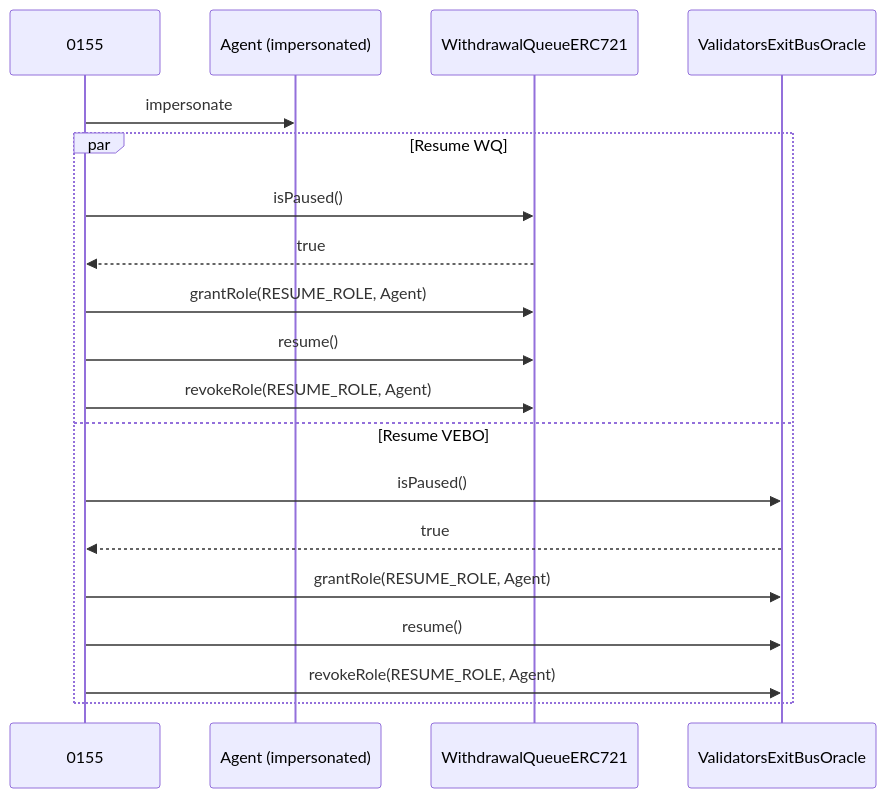
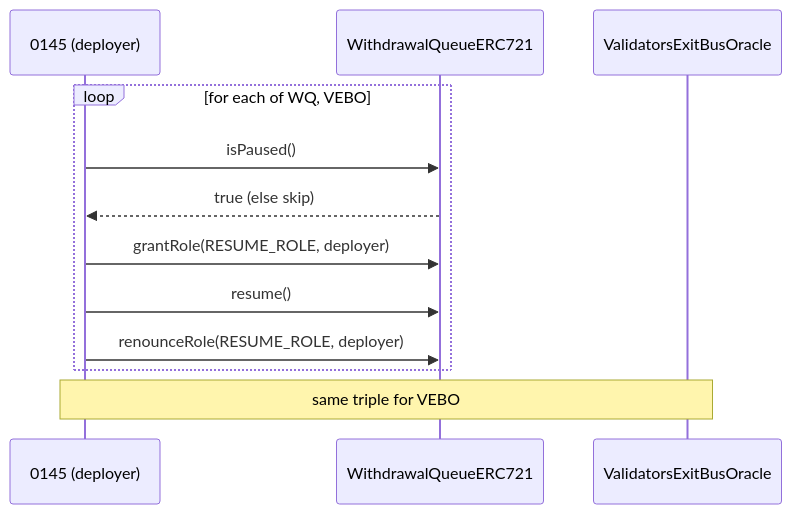
One commit to lidofinance/core changed the fourth of 9 diagrams in docs/flow.md. Above: the diagram before and after it, drawn with Mermaid. The commit also changed other lines of this file and 2 other files, not shown here.

````diff
--- a/docs/flow.md
+++ b/docs/flow.md
@@ -166,22 +213,15 @@
 ```mermaid
 sequenceDiagram
-    participant Step as 0155
-    participant Agent as Agent (impersonated)
+    participant Step as 0145 (deployer)
     participant WQ as WithdrawalQueueERC721
     participant VEBO as ValidatorsExitBusOracle
 
-    Step->>Agent: impersonate
-    par Resume WQ
+    loop for each of WQ, VEBO
         Step->>WQ: isPaused()
-        WQ-->>Step: true
-        Step->>WQ: grantRole(RESUME_ROLE, Agent)
+        WQ-->>Step: true (else skip)
+        Step->>WQ: grantRole(RESUME_ROLE, deployer)
         Step->>WQ: resume()
-        Step->>WQ: revokeRole(RESUME_ROLE, Agent)
-    and Resume VEBO
-        Step->>VEBO: isPaused()
-        VEBO-->>Step: true
-        Step->>VEBO: grantRole(RESUME_ROLE, Agent)
-        Step->>VEBO: resume()
-        Step->>VEBO: revokeRole(RESUME_ROLE, Agent)
+        Step->>WQ: renounceRole(RESUME_ROLE, deployer)
     end
+    Note over Step,VEBO: same triple for VEBO
 ```
````
